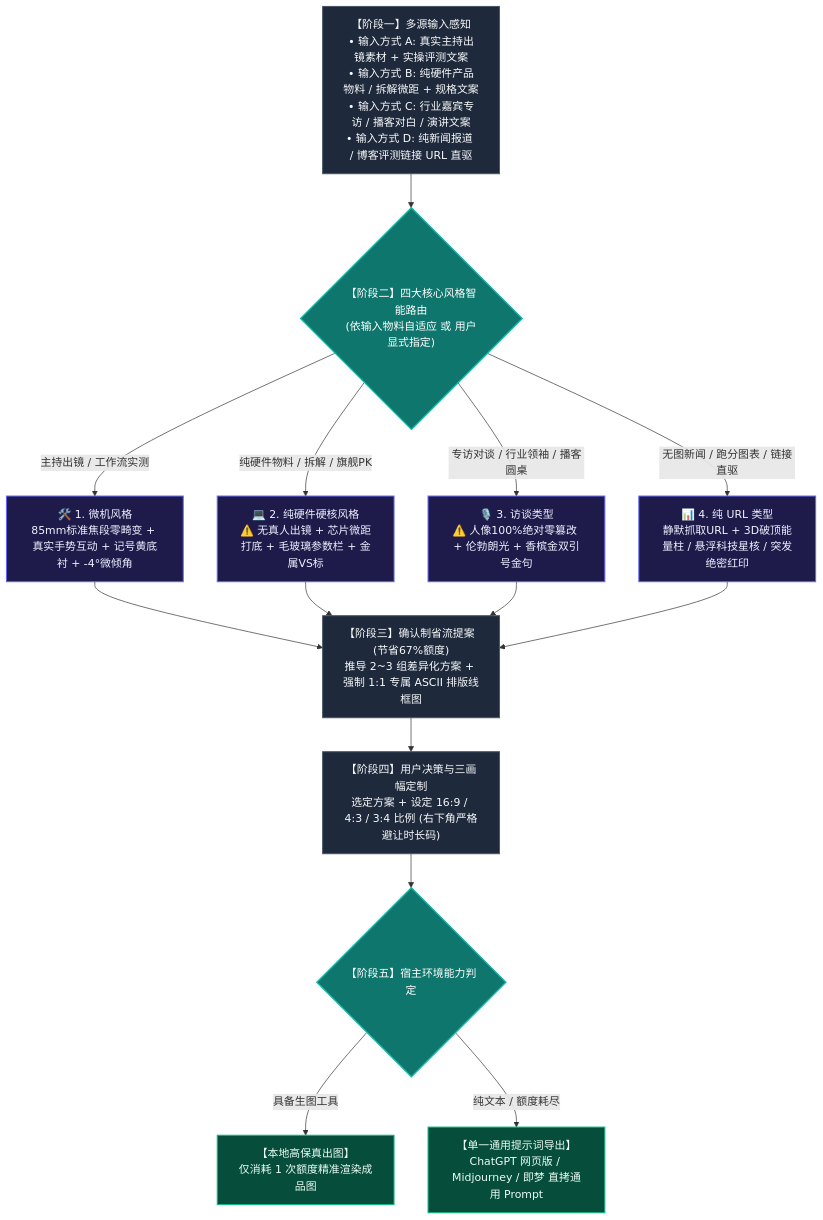
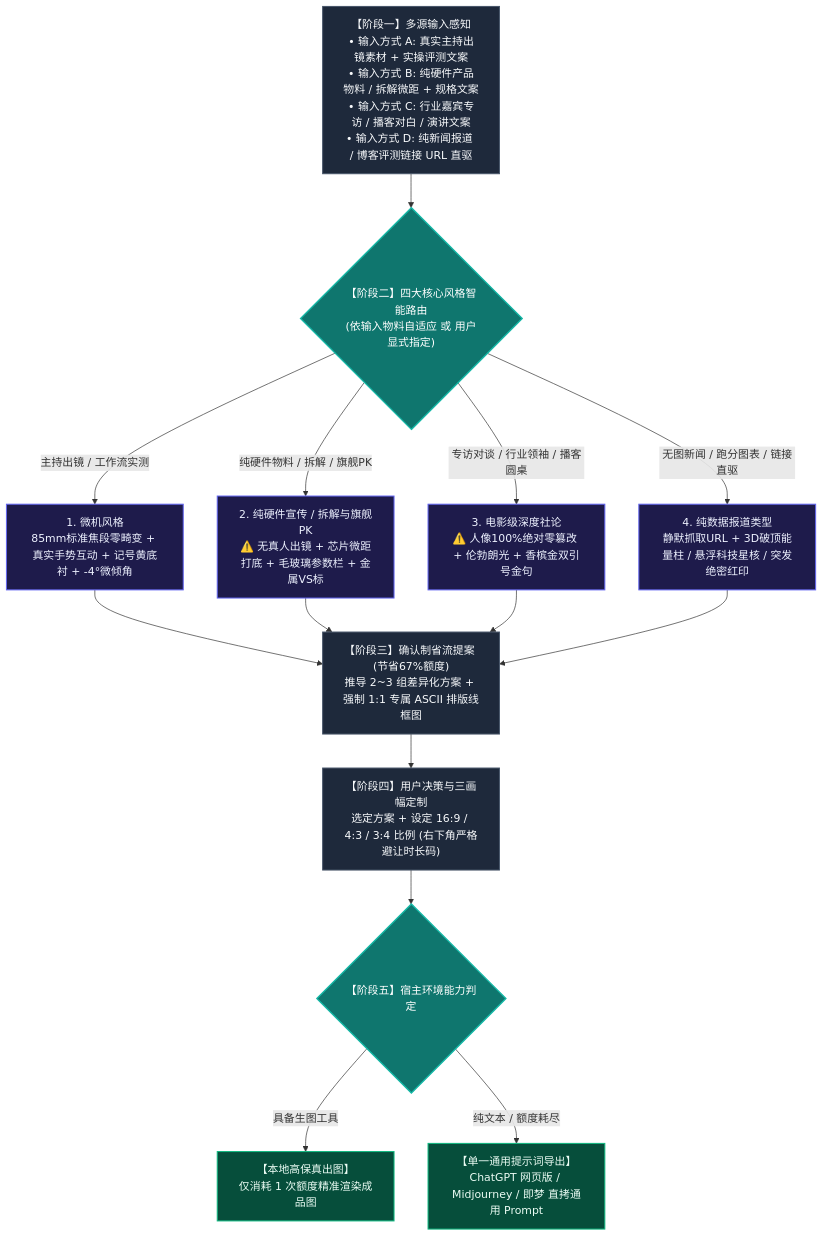
One commit to XuBeiYou408/video-cover-designer changed the diagram in README.md. Above: the diagram before and after it, drawn with Mermaid. The commit also changed other lines of this file, not shown here.

````diff
--- a/README.md
+++ b/README.md
@@ -15,31 +15,31 @@
 ```mermaid
 flowchart TD
     A["【阶段一】多源输入感知<br>• 输入方式 A: 真实主持出镜素材 + 实操评测文案<br>• 输入方式 B: 纯硬件产品物料 / 拆解微距 + 规格文案<br>• 输入方式 C: 行业嘉宾专访 / 播客对白 / 演讲文案<br>• 输入方式 D: 纯新闻报道 / 博客评测链接 URL 直驱"]
     --> B{"【阶段二】四大核心风格智能路由<br>(依输入物料自适应 或 用户显式指定)"}
 
-    B -->|主持出镜 / 工作流实测| C1["🛠️ 1. 微机风格<br>85mm标准焦段零畸变 + 真实手势互动 + 记号黄底衬 + -4°微倾角"]
-    B -->|纯硬件物料 / 拆解 / 旗舰PK| C2["💻 2. 纯硬件硬核风格<br>⚠️ 无真人出镜 + 芯片微距打底 + 毛玻璃参数栏 + 金属VS标"]
-    B -->|专访对谈 / 行业领袖 / 播客圆桌| C3["🎙️ 3. 访谈类型<br>⚠️ 人像100%绝对零篡改 + 伦勃朗光 + 香槟金双引号金句"]
-    B -->|无图新闻 / 跑分图表 / 链接直驱| C4["📊 4. 纯 URL 类型<br>静默抓取URL + 3D破顶能量柱 / 悬浮科技星核 / 突发绝密红印"]
+    B -->|主持出镜 / 工作流实测| C1[" 1. 微机风格<br>85mm标准焦段零畸变 + 真实手势互动 + 记号黄底衬 + -4°微倾角"]
+    B -->|纯硬件物料 / 拆解 / 旗舰PK| C2[" 2. 纯硬件宣传 / 拆解与旗舰PK<br>⚠️ 无真人出镜 + 芯片微距打底 + 毛玻璃参数栏 + 金属VS标"]
+    B -->|专访对谈 / 行业领袖 / 播客圆桌| C3[" 3. 电影级深度社论<br>⚠️ 人像100%绝对零篡改 + 伦勃朗光 + 香槟金双引号金句"]
+    B -->|无图新闻 / 跑分图表 / 链接直驱| C4[" 4. 纯数据报道类型<br>静默抓取URL + 3D破顶能量柱 / 悬浮科技星核 / 突发绝密红印"]
 
     C1 --> D["【阶段三】确认制省流提案 (节省67%额度)<br>推导 2~3 组差异化方案 + 强制 1:1 专属 ASCII 排版线框图"]
     C2 --> D
     C3 --> D
     C4 --> D
 
     D --> E["【阶段四】用户决策与三画幅定制<br>选定方案 + 设定 16:9 / 4:3 / 3:4 比例 (右下角严格避让时长码)"]
 
     E --> F{"【阶段五】宿主环境能力判定"}
     F -->|具备生图工具| G["【本地高保真出图】<br>仅消耗 1 次额度精准渲染成品图"]
     F -->|纯文本 / 额度耗尽| H["【单一通用提示词导出】<br>ChatGPT 网页版 / Midjourney / 即梦 直拷通用 Prompt"]
 
     classDef stage fill:#1E293B,stroke:#475569,color:#F8FAFC,stroke-width:1.5px;
     classDef decision fill:#0F766E,stroke:#14B8A6,color:#FFFFFF,stroke-width:2px;
     classDef engine fill:#1E1B4B,stroke:#6366F1,color:#EEF2FF,stroke-width:1.5px;
     classDef output fill:#064E3B,stroke:#10B981,color:#ECFDF5,stroke-width:1.5px;
 
     class A,D,E stage;
     class B,F decision;
     class C1,C2,C3,C4 engine;
     class G,H output;
 ```
````
